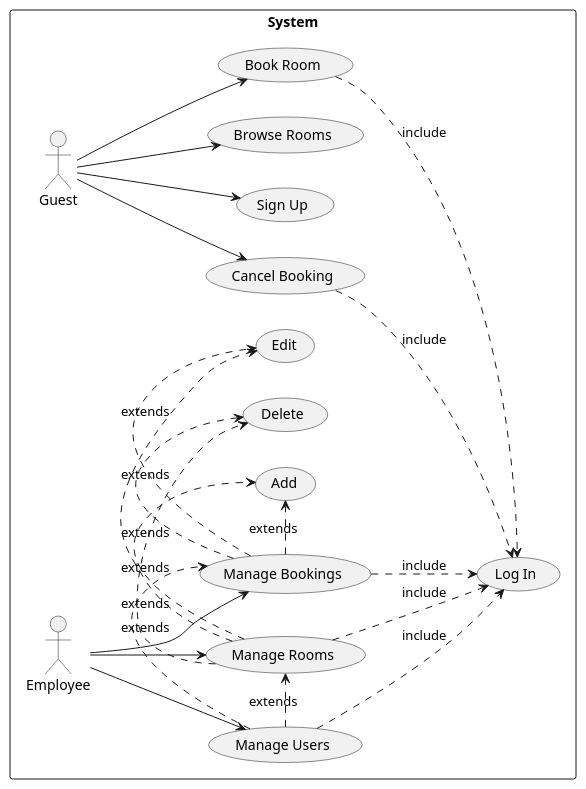
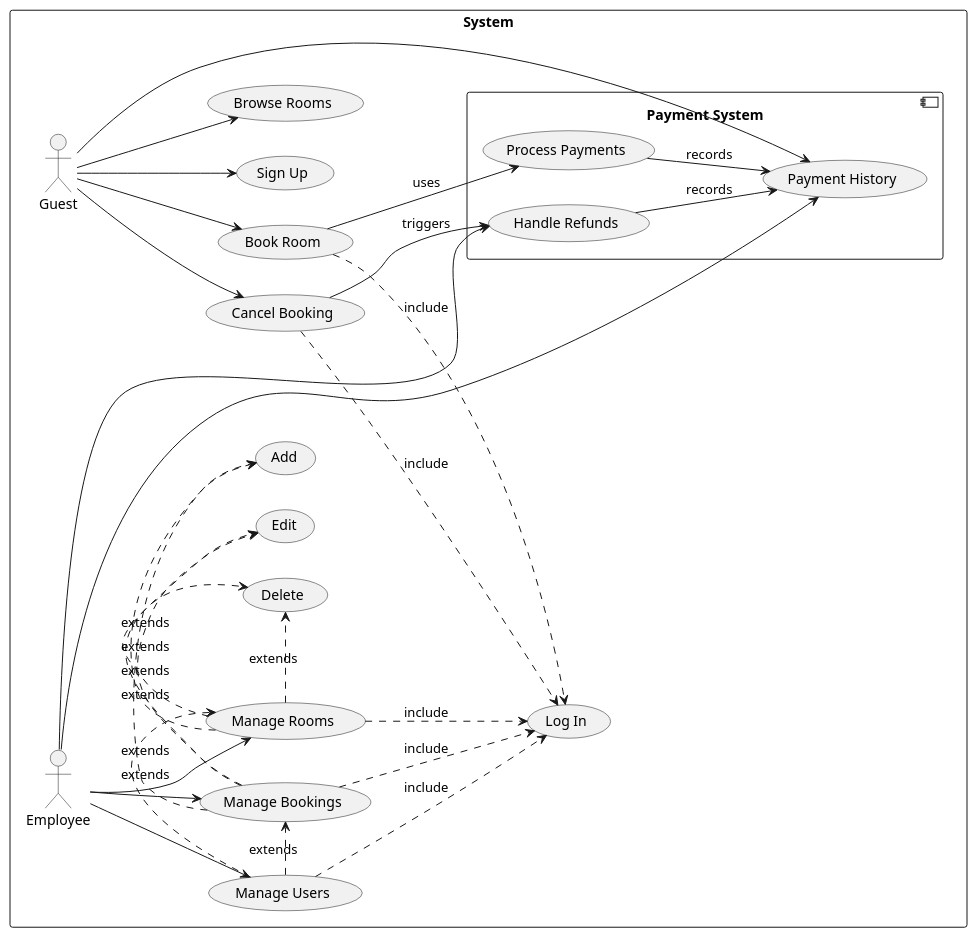
The diagram in Diagrammes/use_case_diagram.pu (Vaselinology/GithubAGL), drawn with PlantUML before and after one commit.

```diff
--- a/Diagrammes/use_case_diagram.pu
+++ b/Diagrammes/use_case_diagram.pu
@@ -1,47 +1,61 @@
 @startuml
 left to right direction
 rectangle "System" {
     actor Guest
     actor Employee
 
     usecase "Sign Up" as UC1
     usecase "Browse Rooms" as UC2
     usecase "Book Room" as UC3
     usecase "Cancel Booking" as UC4
     usecase "Log In" as UC5
 
     usecase "Manage Users" as UC6
     usecase "Manage Rooms" as UC7
     usecase "Manage Bookings" as UC8
 
     usecase "Delete" as UC9
     usecase "Add" as UC10
     usecase "Edit" as UC11
 
+    component "Payment System" as PS {
+        usecase "Process Payments" as PS1
+        usecase "Handle Refunds" as PS2
+        usecase "Payment History" as PS3
+    }
+
     Guest --> UC1
     Guest --> UC2
     Guest --> UC3
     Guest --> UC4
+    Guest --> PS3
 
     Employee --> UC6
     Employee --> UC7
     Employee --> UC8
+    Employee --> PS2
+    Employee --> PS3
 
     UC3 ..> UC5 : include
     UC4 ..> UC5 : include
     UC6 ..> UC5 : include
     UC7 ..> UC5 : include
     UC8 ..> UC5 : include
+
+    UC3 --> PS1 : uses
+    UC4 --> PS2 : triggers
+    PS1 --> PS3 : records
+    PS2 --> PS3 : records
 
     UC6 .> UC7 : extends
     UC6 .> UC8 : extends
 
     UC7 .> UC9 : extends
     UC7 .> UC10 : extends
     UC7 .> UC11 : extends
 
     UC8 .> UC9 : extends
     UC8 .> UC10 : extends
     UC8 .> UC11 : extends
 }
 @enduml
```
